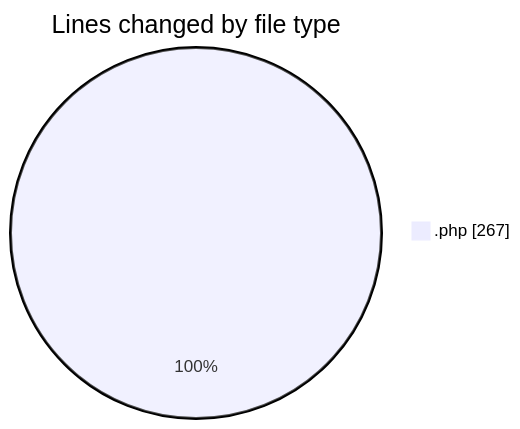
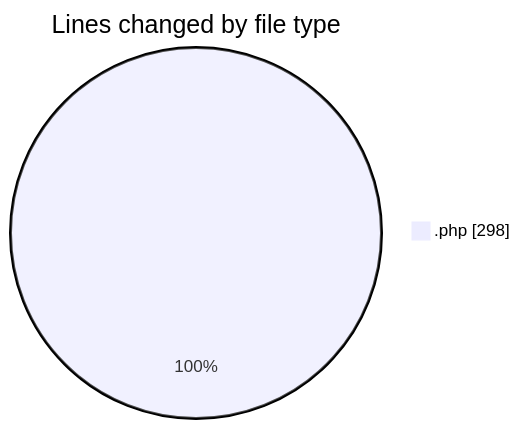
One commit to Ritupan-Deka/code-tracking changed the first of 2 diagrams in 2025-10-08/url-shortener/README.md. Above: the diagram before and after it, drawn with Mermaid. The commit also changed other lines of this file and 1 other file, not shown here.

````diff
--- a/2025-10-08/url-shortener/README.md
+++ b/2025-10-08/url-shortener/README.md
@@ -24,5 +25,5 @@
 ```mermaid
 pie showData
 title Lines changed by file type
-".php" : 267
+".php" : 298
 ```
````
